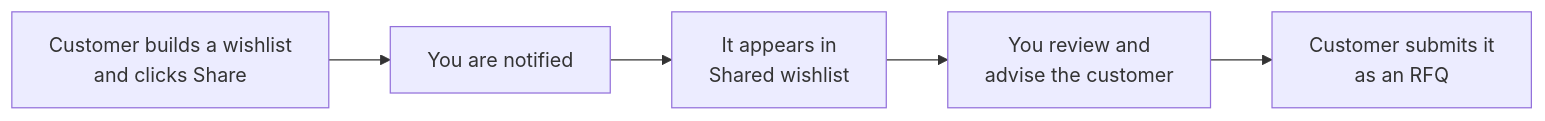
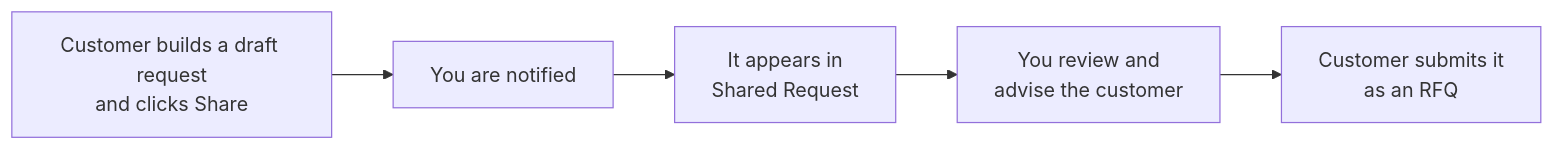
One commit to LaplaceSoftware/lp_projects_docs changed the second of 3 diagrams in docs/b2b_ecommerce_docs/_user_guide/008-Account-Manager-Portal-Order-Queues.md. Above: the diagram before and after it, drawn with Mermaid. The commit also changed other lines of this file and 48 other files, not shown here.

````diff
--- a/docs/b2b_ecommerce_docs/_user_guide/008-Account-Manager-Portal-Order-Queues.md
+++ b/docs/b2b_ecommerce_docs/_user_guide/008-Account-Manager-Portal-Order-Queues.md
@@ -103,7 +104,7 @@
 ```mermaid
 flowchart LR
-    A["Customer builds a wishlist<br/>and clicks Share"] --> B["You are notified"]
-    B --> C["It appears in<br/>Shared wishlist"]
+    A["Customer builds a draft request<br/>and clicks Share"] --> B["You are notified"]
+    B --> C["It appears in<br/>Shared Request"]
     C --> D["You review and<br/>advise the customer"]
     D --> E["Customer submits it<br/>as an RFQ"]
 ```
````
